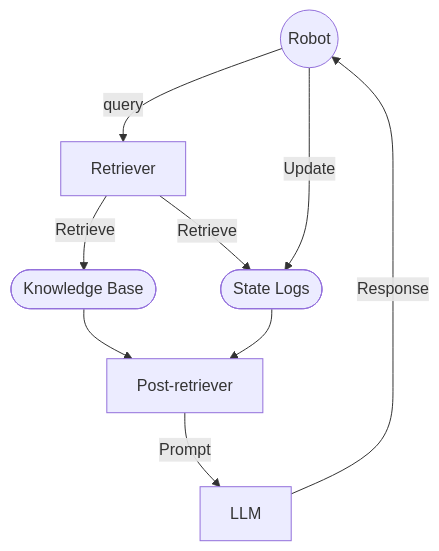
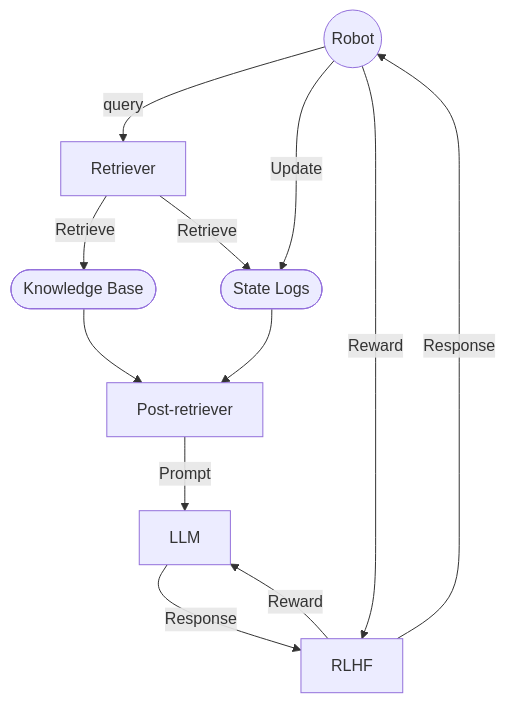
The diagram in _posts/2024/04/2024-04-28-progress-meeting-notes.md (MoeBuTa/moebuta.github.io), drawn with Mermaid before and after one commit. The commit also changed other lines of this file, not shown here.

````diff
--- a/_posts/2024/04/2024-04-28-progress-meeting-notes.md
+++ b/_posts/2024/04/2024-04-28-progress-meeting-notes.md
@@ -49,11 +68,15 @@
 ```mermaid
 graph TD;
     R((Robot))-->|query|A[Retriever]
     R-->|Update|D([State Logs])
     A-->|Retrieve|C([Knowledge Base])
     A-->|Retrieve|D
     C-->E[Post-retriever]
     D-->E
     E-->|Prompt|L[LLM]
-    L-->|Response|R
+    L-->|Response|RLHF
+    RLHF-->|Response|R
+    R-->|Reward|RLHF
+    RLHF-->|Reward|L
+    
 ```
````
